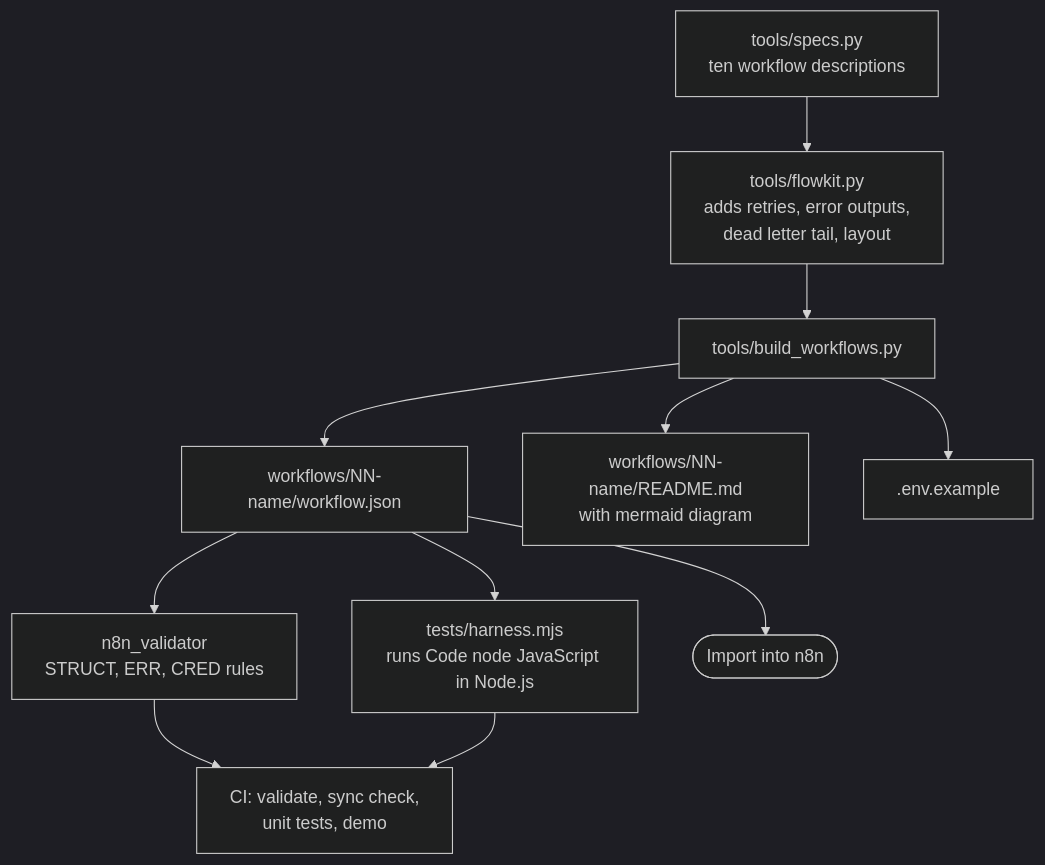
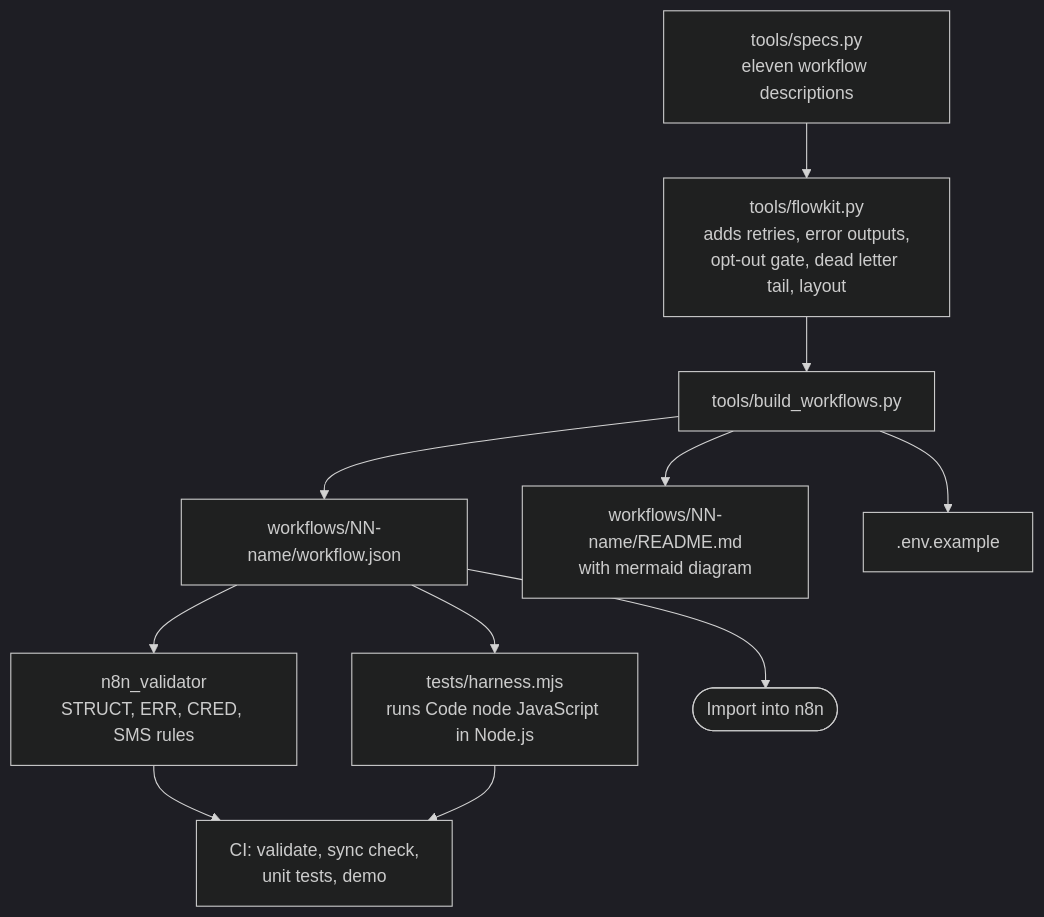
One commit to midcityhandyman/n8n-workflow-library changed the third of 3 diagrams in README.md. Above: the diagram before and after it, drawn with Mermaid (dark theme). The commit also changed other lines of this file and 31 other files, not shown here.

First line of the commit message:
Add SMS opt-out handling: STOP workflow, opt-out check and line on every customer text

````diff
--- a/README.md
+++ b/README.md
@@ -137,13 +187,13 @@
 ```mermaid
 flowchart TB
-    S["tools/specs.py<br/>ten workflow descriptions"] --> K["tools/flowkit.py<br/>adds retries, error outputs,<br/>dead letter tail, layout"]
+    S["tools/specs.py<br/>eleven workflow descriptions"] --> K["tools/flowkit.py<br/>adds retries, error outputs,<br/>opt-out gate, dead letter tail, layout"]
     K --> G["tools/build_workflows.py"]
     G --> W["workflows/NN-name/workflow.json"]
     G --> R["workflows/NN-name/README.md<br/>with mermaid diagram"]
     G --> E[".env.example"]
-    W --> VAL["n8n_validator<br/>STRUCT, ERR, CRED rules"]
+    W --> VAL["n8n_validator<br/>STRUCT, ERR, CRED, SMS rules"]
     VAL --> CI["CI: validate, sync check,<br/>unit tests, demo"]
     W --> JS["tests/harness.mjs<br/>runs Code node JavaScript in Node.js"]
     JS --> CI
     W --> N8N(["Import into n8n"])
 ```
````
